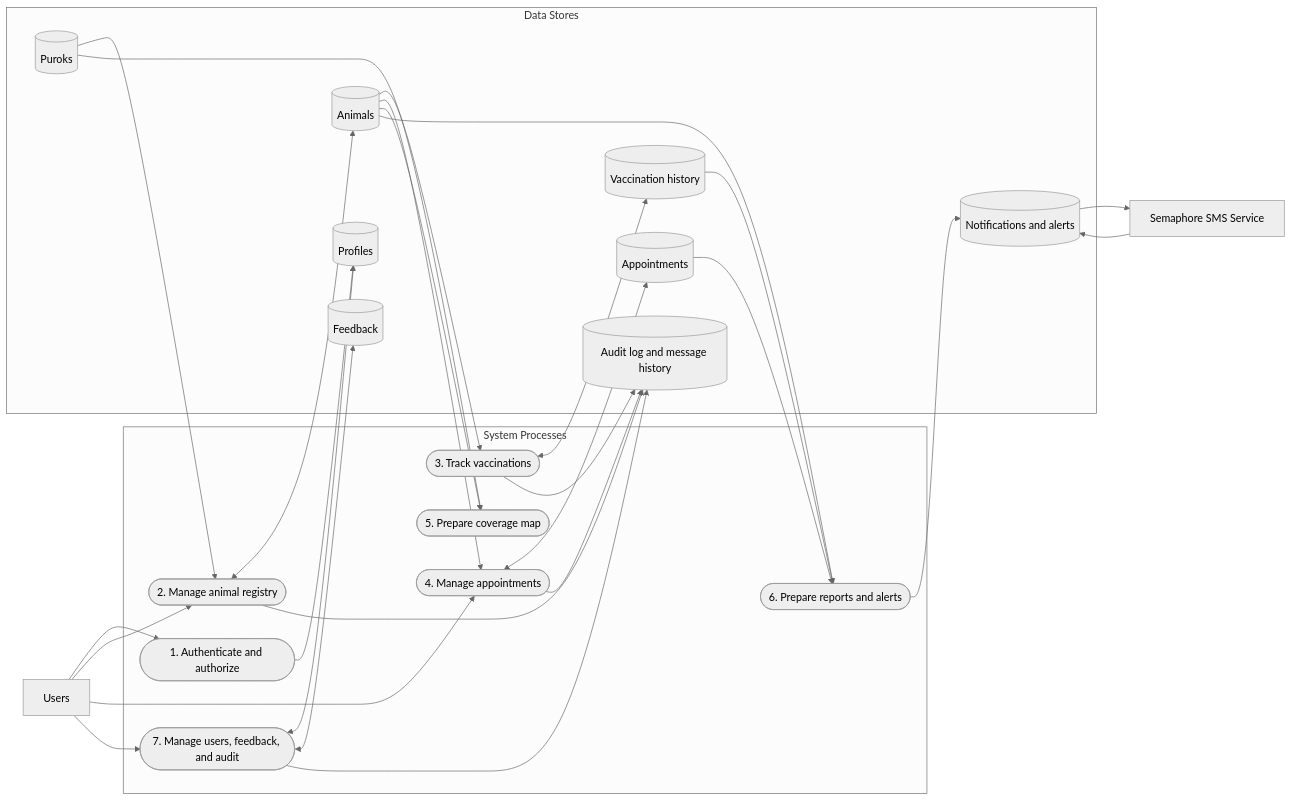
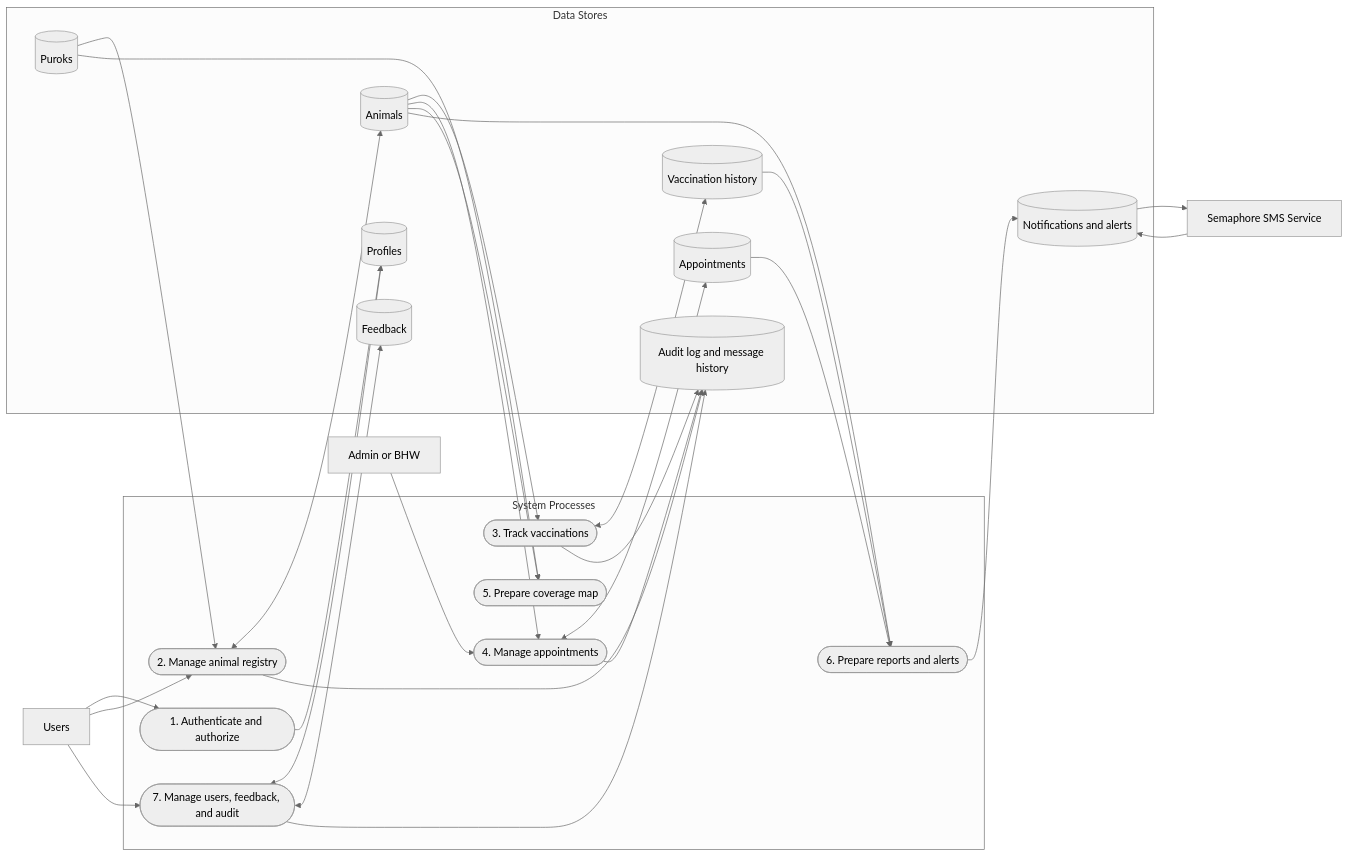
Before and after one commit to kiniakoangaccount/vaccitrack-capstone: the fourth of 7 diagrams in docs/vaccitrack-system.md, drawn with Mermaid. The commit also changed other lines of this file and 4 other files, not shown here.

Commit message:
diagrams updated

````diff
--- a/docs/vaccitrack-system.md
+++ b/docs/vaccitrack-system.md
@@ -181,53 +180,54 @@
 ```mermaid
 %%{init: {"theme":"neutral"}}%%
 flowchart LR
   USER[Users]
+  STAFF[Admin or BHW]
 
   subgraph PROCESS[System Processes]
     AUTH([1. Authenticate and authorize])
     REG([2. Manage animal registry])
     VAX([3. Track vaccinations])
     APPT([4. Manage appointments])
     MAP([5. Prepare coverage map])
     REPORT([6. Prepare reports and alerts])
     ADMIN([7. Manage users, feedback, and audit])
   end
 
   subgraph STORE[Data Stores]
     PROFILE[(Profiles)]
     ANIMAL[(Animals)]
     PUROK[(Puroks)]
     HISTORY[(Vaccination history)]
     APPOINTMENT[(Appointments)]
     NOTICE[(Notifications and alerts)]
     FEEDBACK[(Feedback)]
     AUDIT[(Audit log and message history)]
   end
 
   SMS[Semaphore SMS Service]
 
   USER --> AUTH --> PROFILE
   USER --> REG
   REG <--> ANIMAL
   PUROK --> REG
   ANIMAL --> VAX
   VAX <--> HISTORY
-  USER --> APPT
+  STAFF --> APPT
   APPT <--> APPOINTMENT
   ANIMAL --> APPT
   PUROK --> MAP
   ANIMAL --> MAP
   ANIMAL --> REPORT
   HISTORY --> REPORT
   APPOINTMENT --> REPORT
   USER --> ADMIN
   ADMIN <--> PROFILE
   ADMIN <--> FEEDBACK
   ADMIN --> AUDIT
   REG --> AUDIT
   VAX --> AUDIT
   APPT --> AUDIT
   REPORT --> NOTICE
   NOTICE --> SMS
   SMS --> NOTICE
 ```
````
